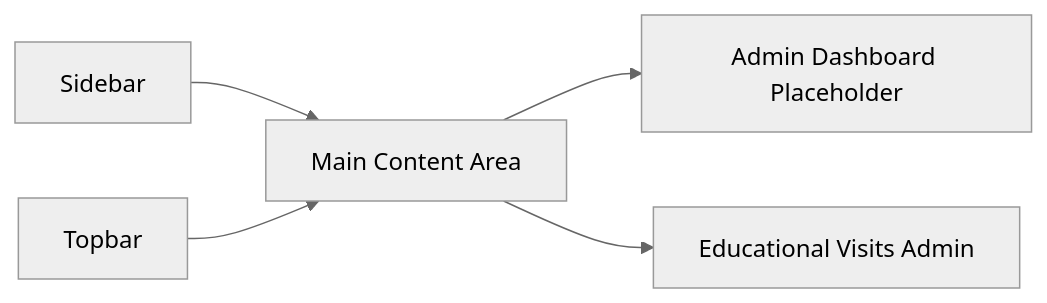
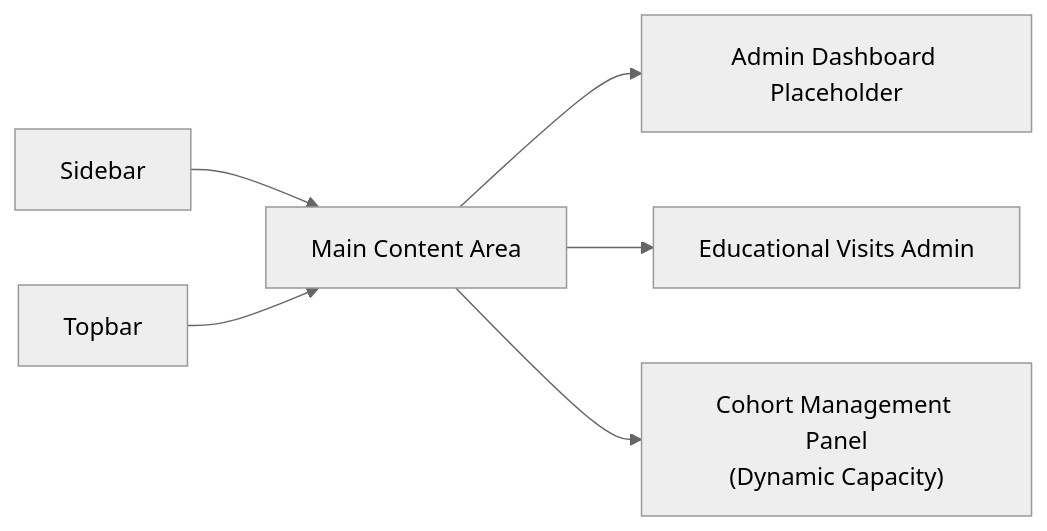
Before and after one commit to AgusCatra/simu-twin-web: diagram 11 of 12 in .qoder/repowiki/en/content/Core Services & Business Logic/Admission & Cohort Management System.md, drawn with Mermaid (neutral theme). The commit also changed other lines of this file and 25 other files, not shown here.

````diff
--- a/.qoder/repowiki/en/content/Core Services & Business Logic/Admission & Cohort Management System.md
+++ b/.qoder/repowiki/en/content/Core Services & Business Logic/Admission & Cohort Management System.md
@@ -425,7 +549,8 @@
 ```mermaid
 graph LR
 Sidebar["Sidebar"] --> Main["Main Content Area"]
 Topbar["Topbar"] --> Main
 Main --> Dashboard["Admin Dashboard Placeholder"]
 Main --> VisitasAdmin["Educational Visits Admin"]
+Main --> CohortesPanel["Cohort Management Panel<br/>(Dynamic Capacity)"]
 ```
````
